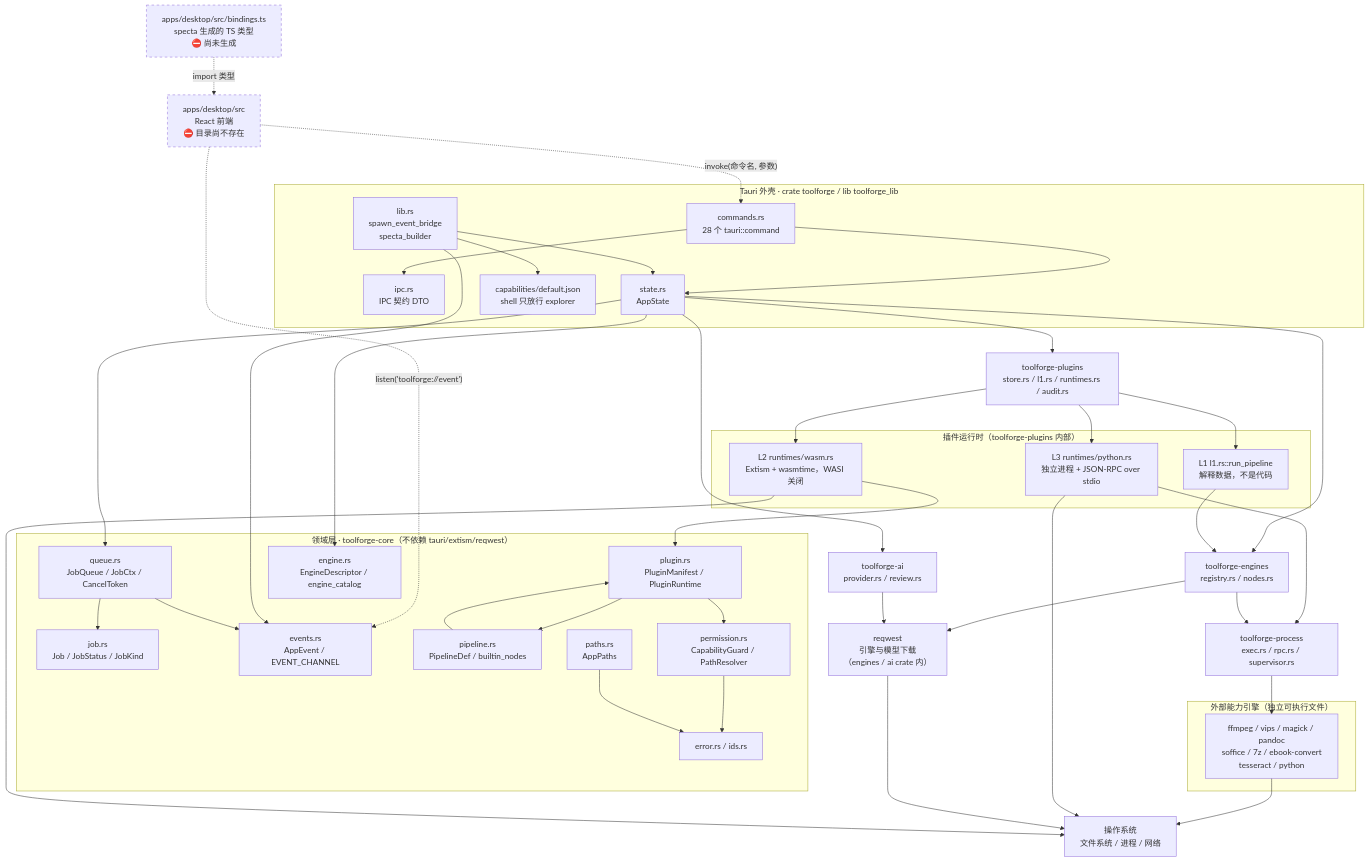
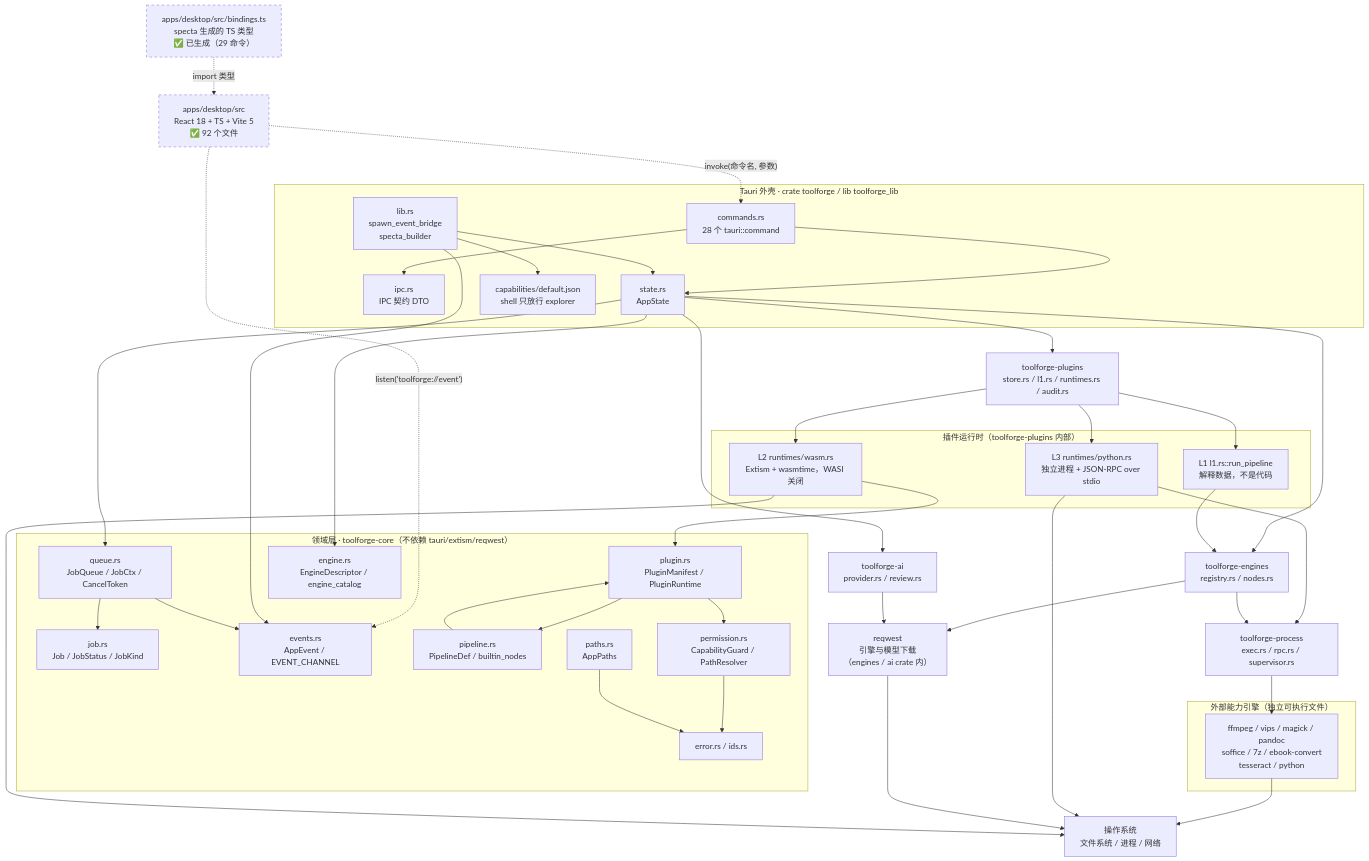
One commit to kkkkk-stk/Super-Multi-functional-Integrated-Software changed the first of 2 diagrams in docs/ARCHITECTURE.md. Above: the diagram before and after it, drawn with Mermaid. The commit also changed other lines of this file and 7 other files, not shown here.

````diff
--- a/docs/ARCHITECTURE.md
+++ b/docs/ARCHITECTURE.md
@@ -65,7 +65,7 @@
 ```mermaid
 flowchart TD
-    FE["apps/desktop/src<br/>React 前端<br/>⛔ 目录尚不存在"]
-    BIND["apps/desktop/src/bindings.ts<br/>specta 生成的 TS 类型<br/>⛔ 尚未生成"]
+    FE["apps/desktop/src<br/>React 18 + TS + Vite 5<br/>✅ 92 个文件"]
+    BIND["apps/desktop/src/bindings.ts<br/>specta 生成的 TS 类型<br/>✅ 已生成（29 命令）"]
 
     subgraph Shell["Tauri 外壳 · crate toolforge / lib toolforge_lib"]
         CMD["commands.rs<br/>28 个 tauri::command"]
````
